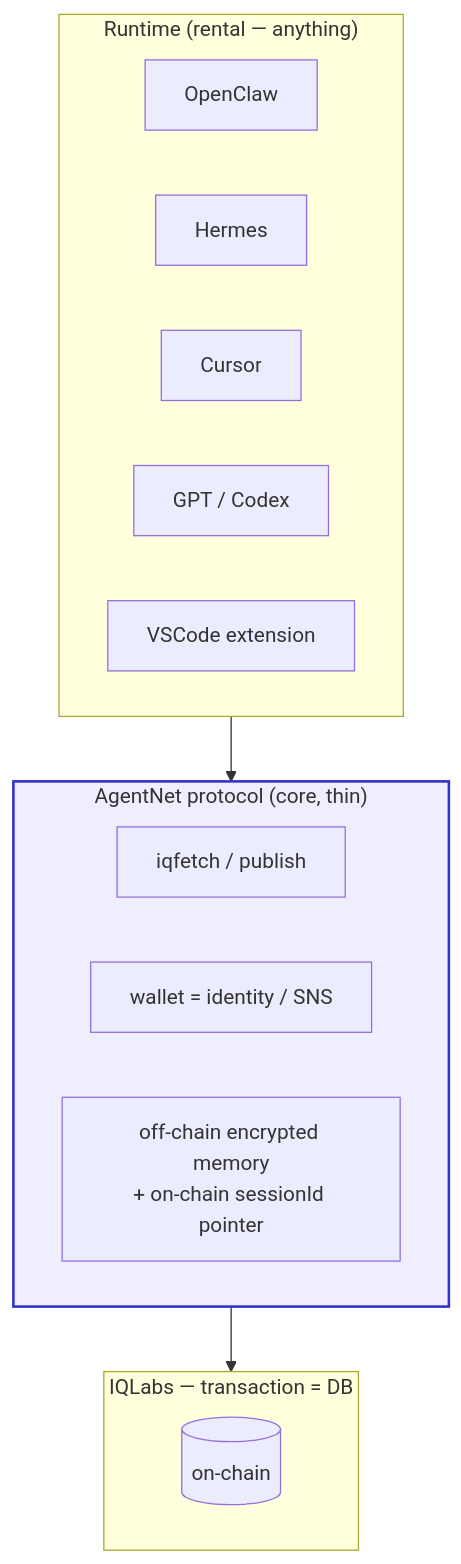
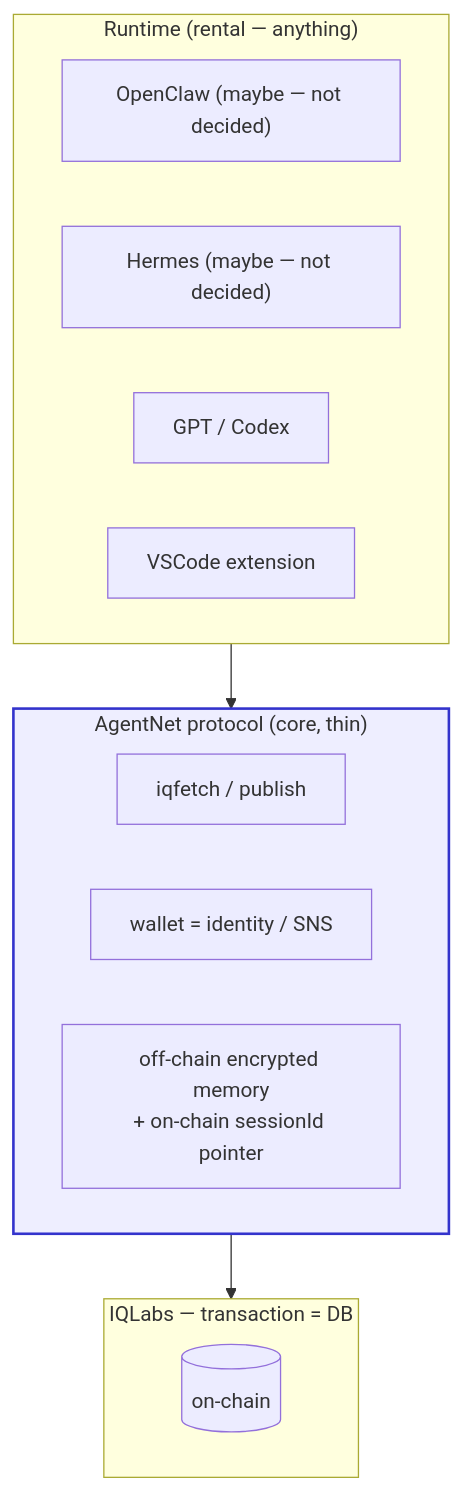
One commit to IQCoreTeam/AgentNet changed the seventh of 9 diagrams in README.md. Above: the diagram before and after it, drawn with Mermaid. The commit also changed other lines of this file, not shown here.

Commit message:
docs(readme): early-stage banner; mark OpenClaw/Hermes runtimes as undecided, drop Cursor
The README captures the original planning vision — add a heads-up that details
may have shifted. In the layer diagrams, OpenClaw/Hermes are runtimes we MIGHT
support (not decided), so label them as such; remove Cursor entirely.

````diff
--- a/README.md
+++ b/README.md
@@ -247,20 +248,19 @@
 ```mermaid
 flowchart TB
     subgraph L1["Runtime (rental — anything)"]
-        OpenClaw
-        Hermes
-        Cursor
+        OpenClaw["OpenClaw (maybe — not decided)"]
+        Hermes["Hermes (maybe — not decided)"]
         GPT[GPT / Codex]
         VSCode[VSCode extension]
     end
     subgraph L2["AgentNet protocol (core, thin)"]
         F[iqfetch / publish]
         ID[wallet = identity / SNS]
         MEM[off-chain encrypted memory<br/>+ on-chain sessionId pointer]
     end
     subgraph L3["IQLabs — transaction = DB"]
         Chain[(on-chain)]
     end
     L1 --> L2 --> L3
     style L2 fill:#eef,stroke:#33c,stroke-width:2px
 ```
````
